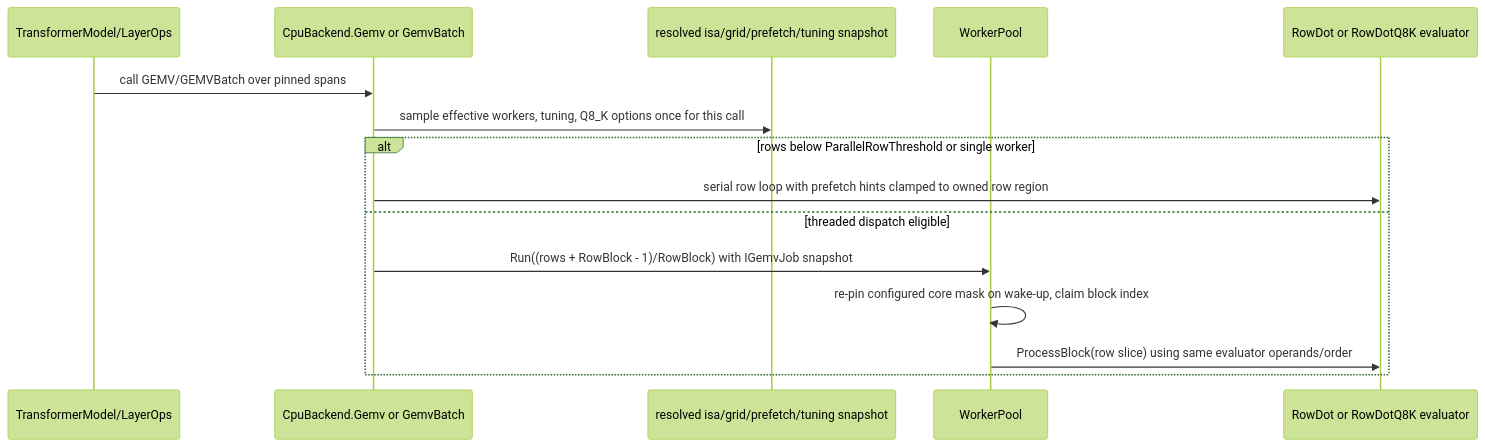
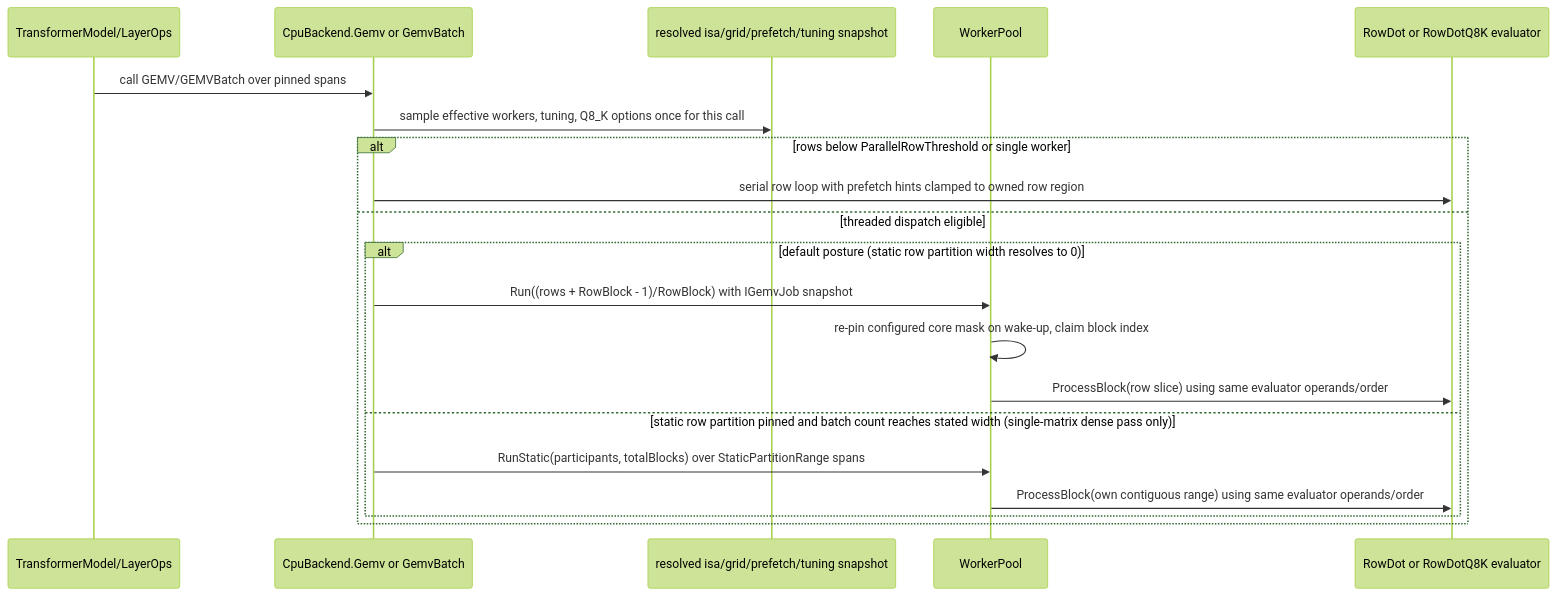
The second of 3 diagrams in docs/engine/cpu-kernels.md (ScorchedHands/lair), drawn with Mermaid (forest theme) before and after one commit. The commit also changed other lines of this file and 19 other files, not shown here.

Commit message:
perf(cpu): land unpromoted static row partition probe

````diff
--- a/docs/engine/cpu-kernels.md
+++ b/docs/engine/cpu-kernels.md
@@ -140,18 +142,23 @@
 ```mermaid
 sequenceDiagram
   participant Engine as TransformerModel/LayerOps
   participant Backend as CpuBackend.Gemv or GemvBatch
   participant Posture as resolved isa/grid/prefetch/tuning snapshot
   participant Pool as WorkerPool
   participant Kernel as RowDot or RowDotQ8K evaluator
 
   Engine->>Backend: call GEMV/GEMVBatch over pinned spans
   Backend->>Posture: sample effective workers, tuning, Q8_K options once for this call
   alt rows below ParallelRowThreshold or single worker
     Backend->>Kernel: serial row loop with prefetch hints clamped to owned row region
   else threaded dispatch eligible
-    Backend->>Pool: Run((rows + RowBlock - 1)/RowBlock) with IGemvJob snapshot
-    Pool->>Pool: re-pin configured core mask on wake-up, claim block index
-    Pool->>Kernel: ProcessBlock(row slice) using same evaluator operands/order
+    alt default posture (static row partition width resolves to 0)
+      Backend->>Pool: Run((rows + RowBlock - 1)/RowBlock) with IGemvJob snapshot
+      Pool->>Pool: re-pin configured core mask on wake-up, claim block index
+      Pool->>Kernel: ProcessBlock(row slice) using same evaluator operands/order
+    else static row partition pinned and batch count reaches stated width (single-matrix dense pass only)
+      Backend->>Pool: RunStatic(participants, totalBlocks) over StaticPartitionRange spans
+      Pool->>Kernel: ProcessBlock(own contiguous range) using same evaluator operands/order
+    end
   end
 ```
````
